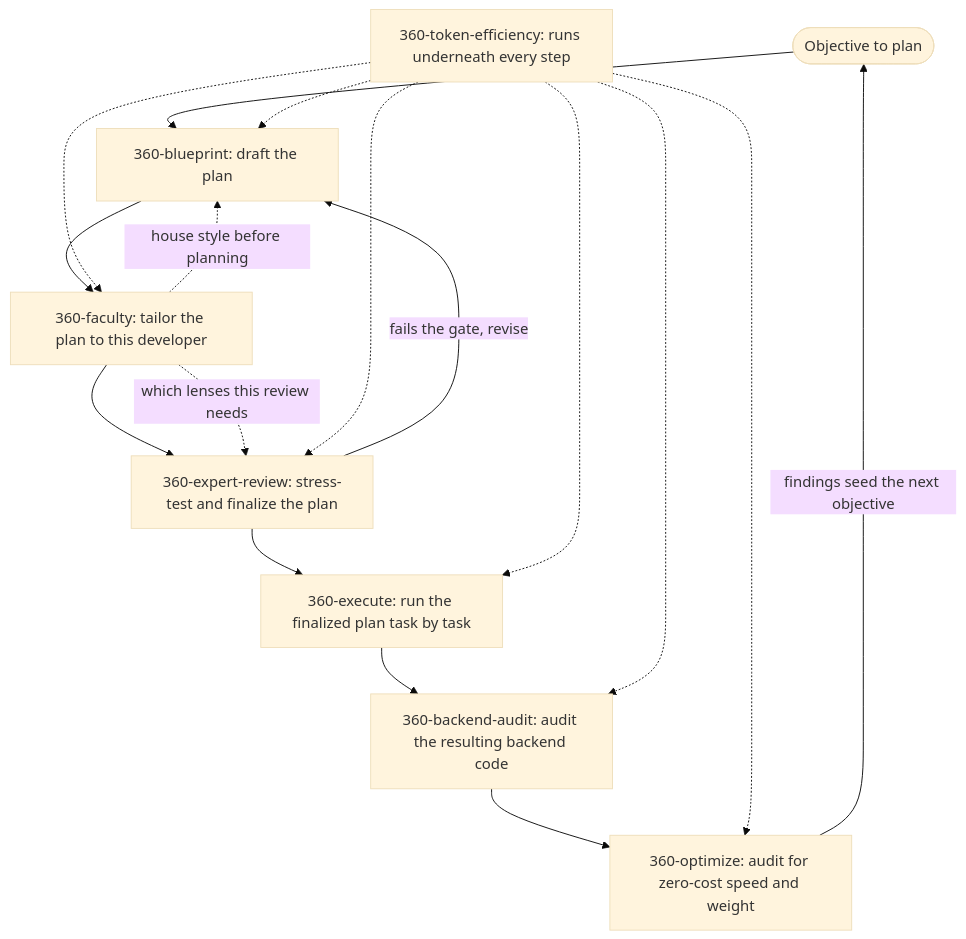
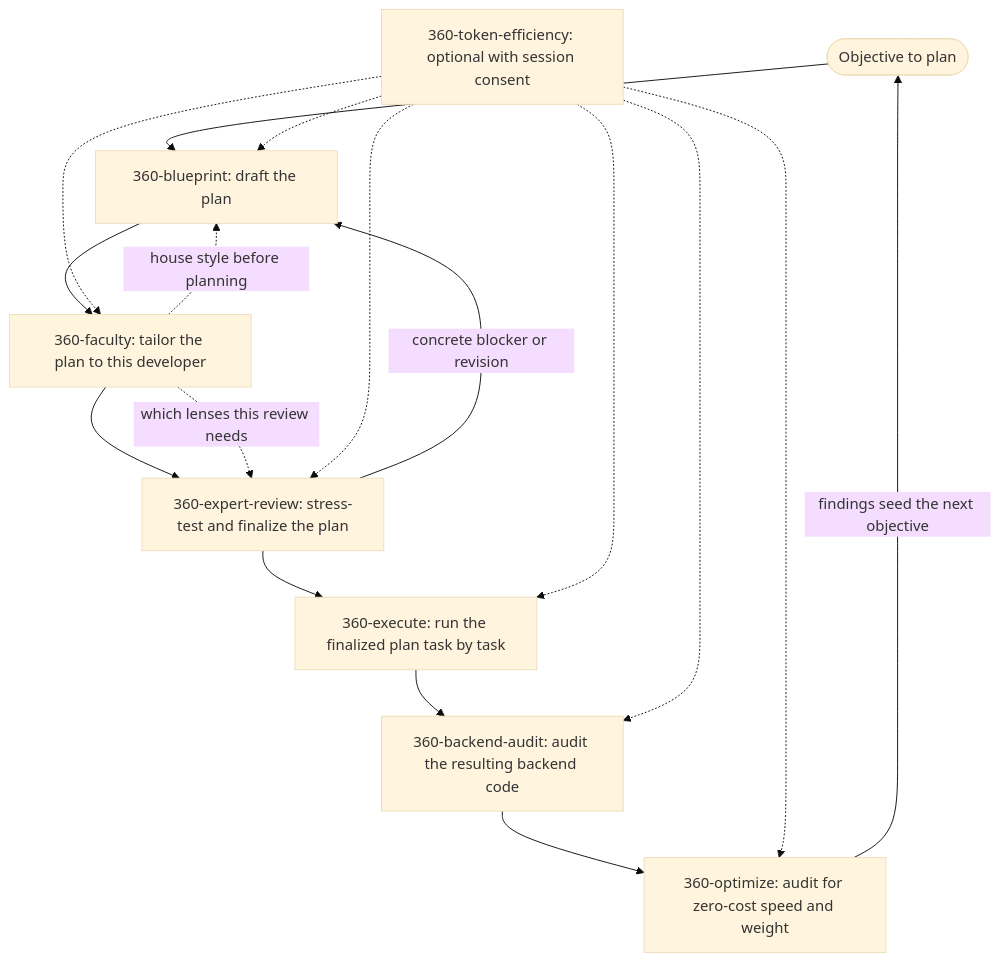
One commit to shahabahreini/360-skills changed the diagram in README.md. Above: the diagram before and after it, drawn with Mermaid (base theme). The commit also changed other lines of this file and 22 other files, not shown here.

````diff
--- a/README.md
+++ b/README.md
@@ -59,21 +75,21 @@
 ```mermaid
 flowchart TD
     Objective([Objective to plan]) --> Blueprint["360-blueprint: draft the plan"]
     Blueprint --> Faculty["360-faculty: tailor the plan to this developer"]
     Faculty --> Review["360-expert-review: stress-test and finalize the plan"]
-    Review -->|fails the gate, revise| Blueprint
+    Review -->|concrete blocker or revision| Blueprint
     Review --> Execute["360-execute: run the finalized plan task by task"]
     Execute --> Audit["360-backend-audit: audit the resulting backend code"]
     Audit --> Optimize["360-optimize: audit for zero-cost speed and weight"]
     Optimize -->|findings seed the next objective| Objective
 
     Faculty -.->|house style before planning| Blueprint
     Faculty -.->|which lenses this review needs| Review
 
-    Efficiency["360-token-efficiency: runs underneath every step"] -.-> Blueprint
+    Efficiency["360-token-efficiency: optional with session consent"] -.-> Blueprint
     Efficiency -.-> Faculty
     Efficiency -.-> Review
     Efficiency -.-> Execute
     Efficiency -.-> Audit
     Efficiency -.-> Optimize
 ```
````
